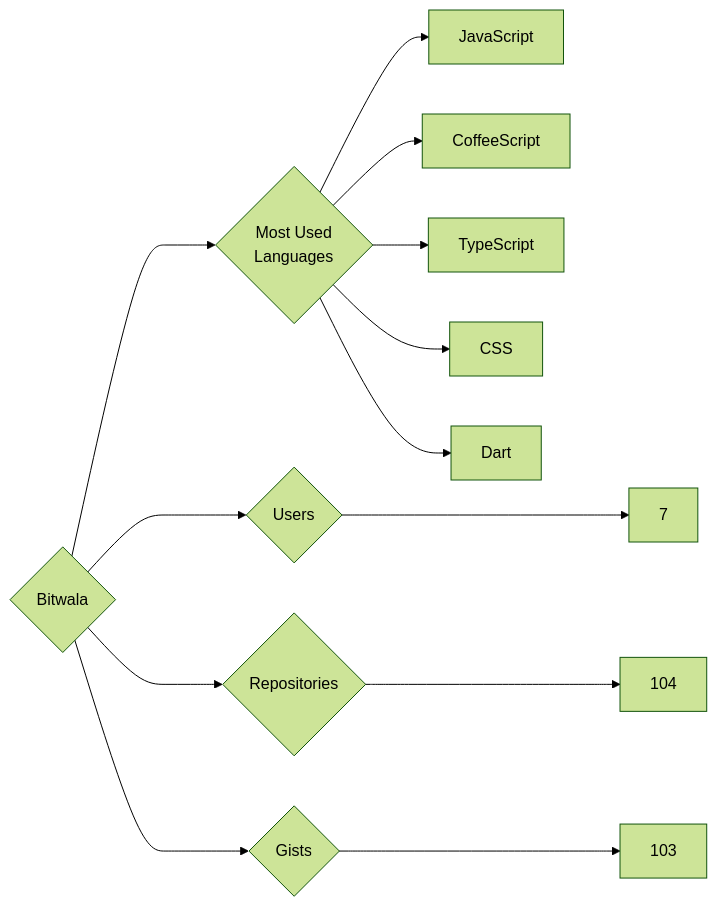
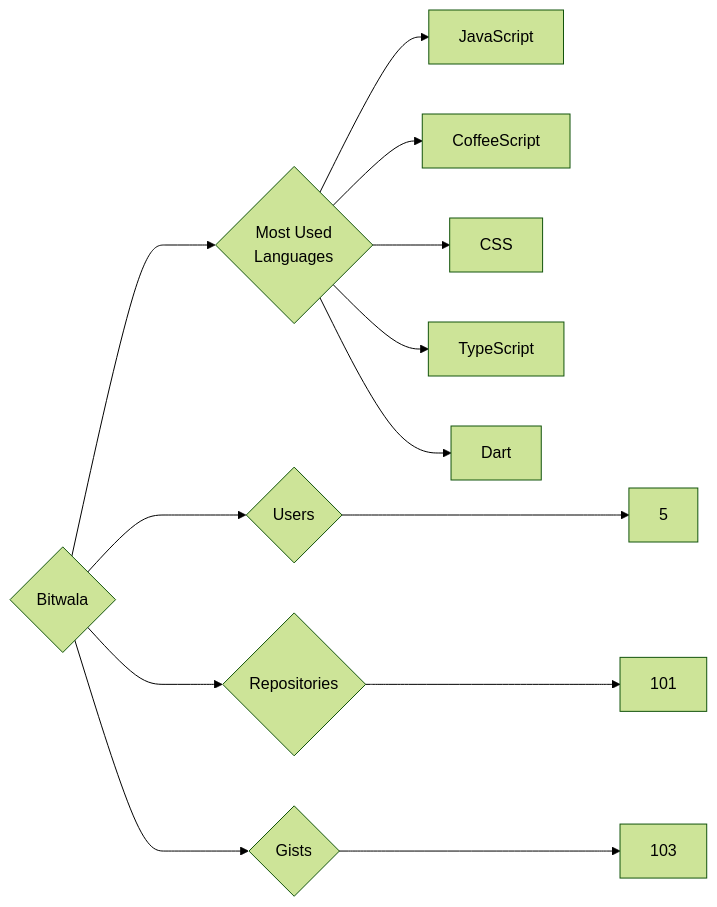
One commit to trickest/insiders changed the diagram in targets/Bitwala/README.md. Above: the diagram before and after it, drawn with Mermaid (forest theme). The commit also changed 1238 other files, not shown here.

````diff
--- a/targets/Bitwala/README.md
+++ b/targets/Bitwala/README.md
@@ -3,13 +3,13 @@
 ```mermaid
 graph LR
 COMPANY_NAME{Bitwala}
-COMPANY_NAME ---> U{Users} ---> UN[7]
-COMPANY_NAME ---> R{Repositories} ---> RN[104]
+COMPANY_NAME ---> U{Users} ---> UN[5]
+COMPANY_NAME ---> R{Repositories} ---> RN[101]
 COMPANY_NAME ---> G{Gists} ---> GN[103]
 COMPANY_NAME ---> ML{Most Used<br>Languages}
 ML --> JavaScript[JavaScript]
 ML --> CoffeeScript[CoffeeScript]
+ML --> CSS[CSS]
 ML --> TypeScript[TypeScript]
-ML --> CSS[CSS]
 ML --> Dart[Dart]
 ```
````
